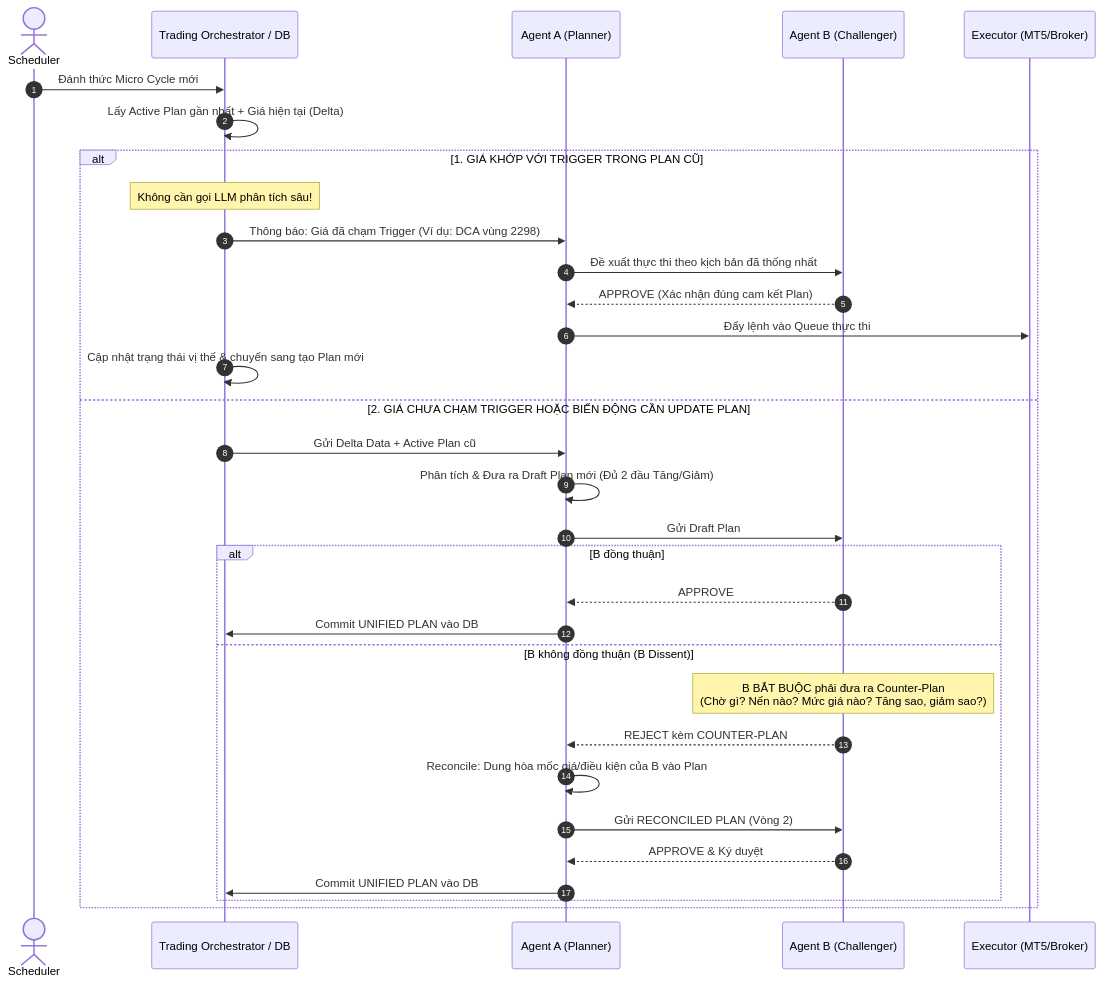
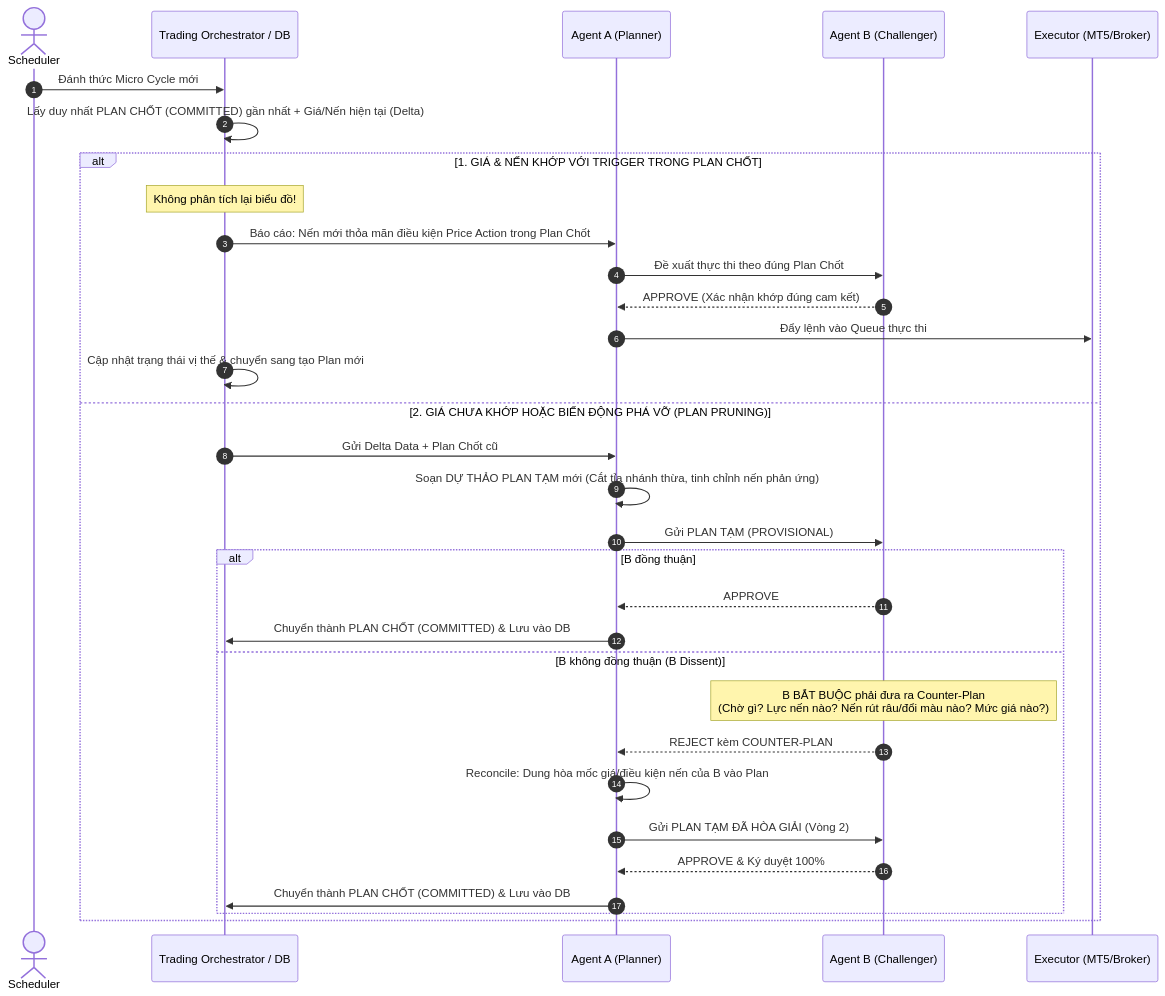
Before and after one commit to nguyenhongdat09/doctradingagent2agent: the diagram in doc/UPGRADE_CONTINGENCY_PLAN_SPEC.md, drawn with Mermaid. The commit also changed other lines of this file and 6 other files, not shown here.

Commit message:
docs: upgrade to v2.1 with Provisional/Committed Plan lifecycle, Price Action dynamics and Plan Pruning

````diff
--- a/doc/UPGRADE_CONTINGENCY_PLAN_SPEC.md
+++ b/doc/UPGRADE_CONTINGENCY_PLAN_SPEC.md
@@ -72,38 +83,38 @@
 ```mermaid
 sequenceDiagram
     autonumber
     actor Sched as Scheduler
     participant Engine as Trading Orchestrator / DB
     participant A as Agent A (Planner)
     participant B as Agent B (Challenger)
     participant Exec as Executor (MT5/Broker)
 
     Sched->>Engine: Đánh thức Micro Cycle mới
-    Engine->>Engine: Lấy Active Plan gần nhất + Giá hiện tại (Delta)
+    Engine->>Engine: Lấy duy nhất PLAN CHỐT (COMMITTED) gần nhất + Giá/Nến hiện tại (Delta)
 
-    alt 1. GIÁ KHỚP VỚI TRIGGER TRONG PLAN CŨ
-        Note over Engine: Không cần gọi LLM phân tích sâu!
-        Engine->>A: Thông báo: Giá đã chạm Trigger (Ví dụ: DCA vùng 2298)
-        A->>B: Đề xuất thực thi theo kịch bản đã thống nhất
-        B-->>A: APPROVE (Xác nhận đúng cam kết Plan)
+    alt 1. GIÁ & NẾN KHỚP VỚI TRIGGER TRONG PLAN CHỐT
+        Note over Engine: Không phân tích lại biểu đồ!
+        Engine->>A: Báo cáo: Nến mới thỏa mãn điều kiện Price Action trong Plan Chốt
+        A->>B: Đề xuất thực thi theo đúng Plan Chốt
+        B-->>A: APPROVE (Xác nhận khớp đúng cam kết)
         A->>Exec: Đẩy lệnh vào Queue thực thi
         Engine->>Engine: Cập nhật trạng thái vị thế & chuyển sang tạo Plan mới
 
-    else 2. GIÁ CHƯA CHẠM TRIGGER HOẶC BIẾN ĐỘNG CẦN UPDATE PLAN
-        Engine->>A: Gửi Delta Data + Active Plan cũ
-        A->>A: Phân tích & Đưa ra Draft Plan mới (Đủ 2 đầu Tăng/Giảm)
-        A->>B: Gửi Draft Plan
+    else 2. GIÁ CHƯA KHỚP HOẶC BIẾN ĐỘNG PHÁ VỠ (PLAN PRUNING)
+        Engine->>A: Gửi Delta Data + Plan Chốt cũ
+        A->>A: Soạn DỰ THẢO PLAN TẠM mới (Cắt tỉa nhánh thừa, tinh chỉnh nến phản ứng)
+        A->>B: Gửi PLAN TẠM (PROVISIONAL)
         
         alt B đồng thuận
             B-->>A: APPROVE
-            A->>Engine: Commit UNIFIED PLAN vào DB
+            A->>Engine: Chuyển thành PLAN CHỐT (COMMITTED) & Lưu vào DB
         else B không đồng thuận (B Dissent)
-            Note over B: B BẮT BUỘC phải đưa ra Counter-Plan<br/>(Chờ gì? Nến nào? Mức giá nào? Tăng sao, giảm sao?)
+            Note over B: B BẮT BUỘC phải đưa ra Counter-Plan<br/>(Chờ gì? Lực nến nào? Nến rút râu/đổi màu nào? Mức giá nào?)
             B-->>A: REJECT kèm COUNTER-PLAN
-            A->>A: Reconcile: Dung hòa mốc giá/điều kiện của B vào Plan
-            A->>B: Gửi RECONCILED PLAN (Vòng 2)
-            B-->>A: APPROVE & Ký duyệt
-            A->>Engine: Commit UNIFIED PLAN vào DB
+            A->>A: Reconcile: Dung hòa mốc giá/điều kiện nến của B vào Plan
+            A->>B: Gửi PLAN TẠM ĐÃ HÒA GIẢI (Vòng 2)
+            B-->>A: APPROVE & Ký duyệt 100%
+            A->>Engine: Chuyển thành PLAN CHỐT (COMMITTED) & Lưu vào DB
         end
     end
 ```
````
